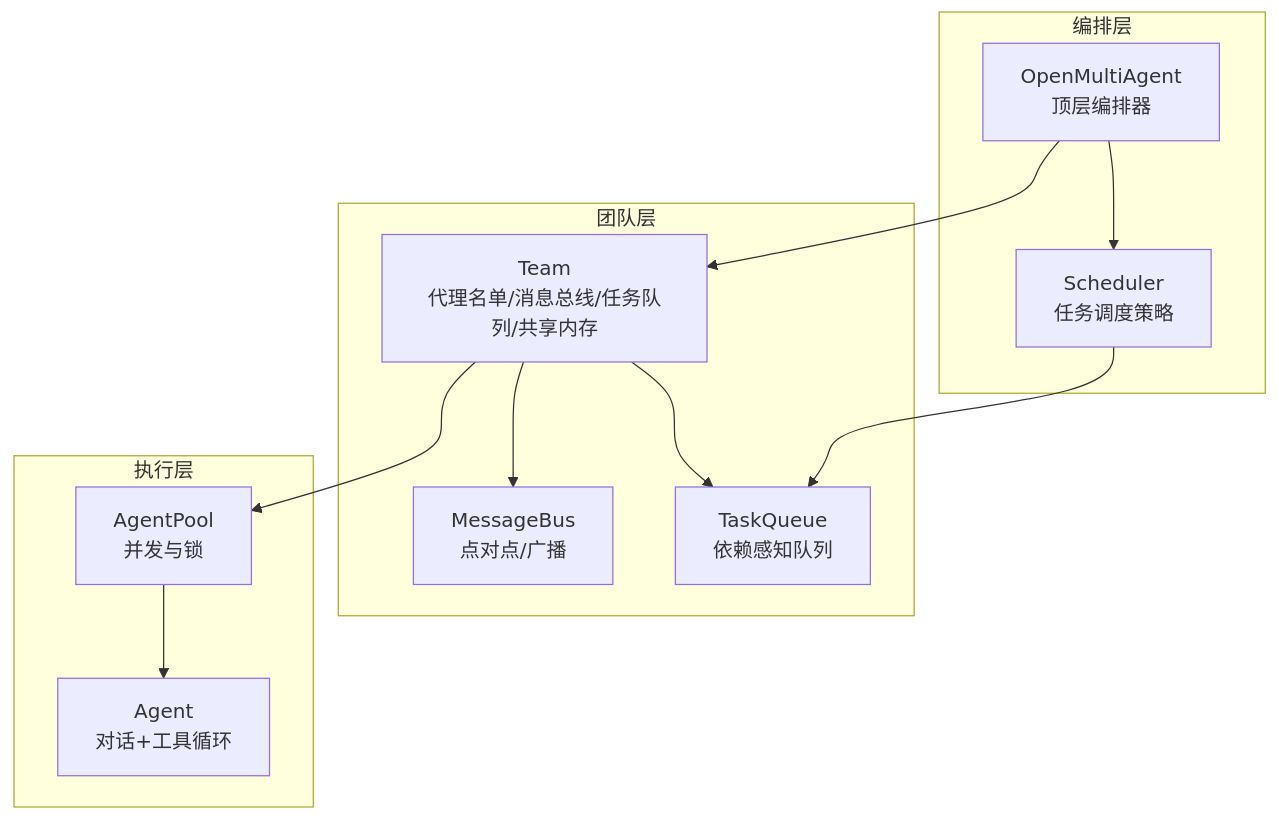
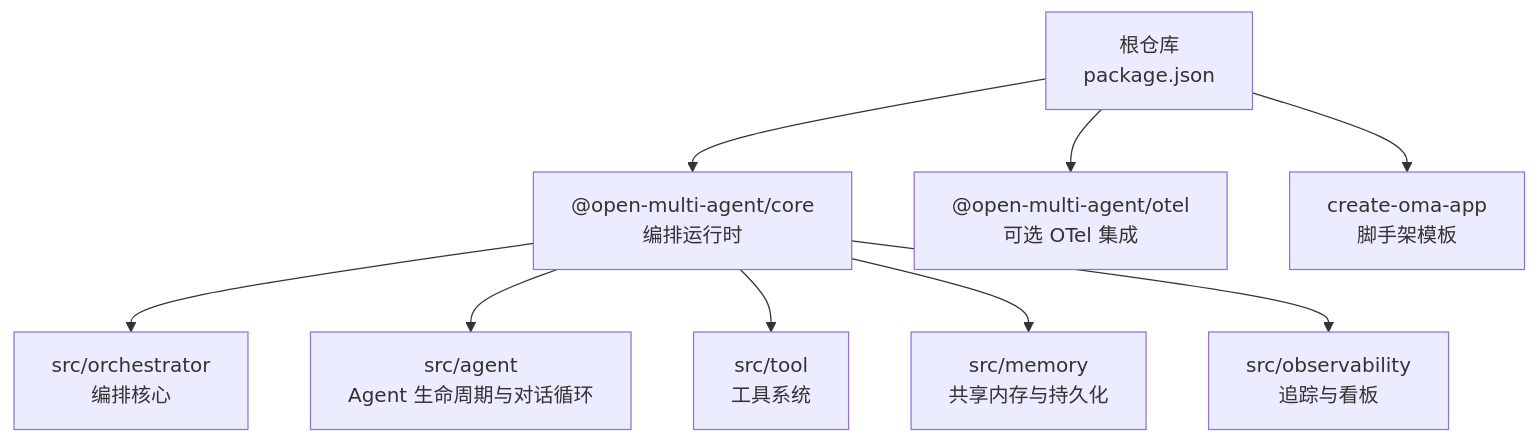
One commit to haolange/open-multi-agent changed the first of 9 diagrams in .qoder/repowiki/zh/content/核心概念/核心概念.md. Above: the diagram before and after it, drawn with Mermaid. The commit also changed other lines of this file and 293 other files, not shown here.

````diff
--- a/.qoder/repowiki/zh/content/核心概念/核心概念.md
+++ b/.qoder/repowiki/zh/content/核心概念/核心概念.md
@@ -50,23 +39,11 @@
 ```mermaid
 graph TB
-subgraph "编排层"
-OM["OpenMultiAgent<br/>顶层编排器"]
-SCH["Scheduler<br/>任务调度策略"]
-end
-subgraph "团队层"
-TEAM["Team<br/>代理名单/消息总线/任务队列/共享内存"]
-MSG["MessageBus<br/>点对点/广播"]
-Q["TaskQueue<br/>依赖感知队列"]
-end
-subgraph "执行层"
-POOL["AgentPool<br/>并发与锁"]
-AG["Agent<br/>对话+工具循环"]
-end
-OM --> TEAM
-OM --> SCH
-TEAM --> Q
-TEAM --> MSG
-TEAM --> POOL
-POOL --> AG
-SCH --> Q
+A["根仓库<br/>package.json"] --> B["@open-multi-agent/core<br/>编排运行时"]
+A --> C["@open-multi-agent/otel<br/>可选 OTel 集成"]
+A --> D["create-oma-app<br/>脚手架模板"]
+B --> E["src/orchestrator<br/>编排核心"]
+B --> F["src/agent<br/>Agent 生命周期与对话循环"]
+B --> G["src/tool<br/>工具系统"]
+B --> H["src/memory<br/>共享内存与持久化"]
+B --> I["src/observability<br/>追踪与看板"]
 ```
````
